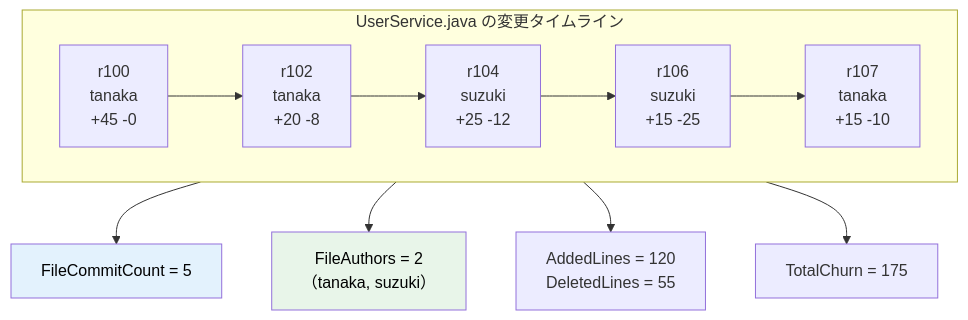
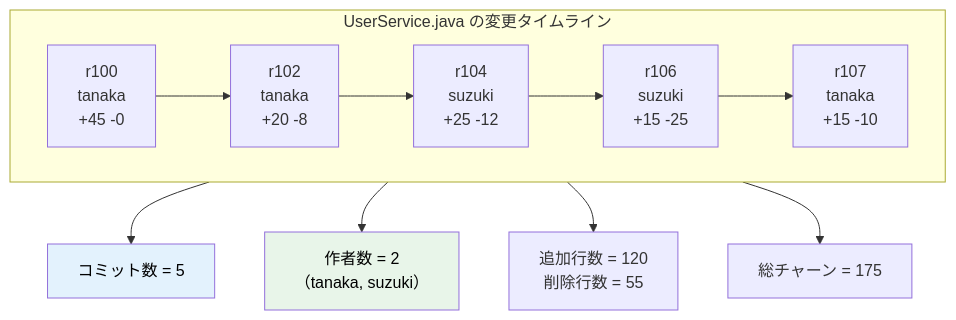
Before and after one commit to horiyamayoh/NarutoCode: the tenth of 15 diagrams in docs/metrics_guide.md, drawn with Mermaid. The commit also changed other lines of this file and 4 other files, not shown here.

````diff
--- a/docs/metrics_guide.md
+++ b/docs/metrics_guide.md
@@ -398,20 +398,20 @@
 ```mermaid
 flowchart TB
     subgraph TIMELINE["UserService.java の変更タイムライン"]
         direction LR
         R100["r100\ntanaka\n+45 -0"]
         R102["r102\ntanaka\n+20 -8"]
         R104["r104\nsuzuki\n+25 -12"]
         R106["r106\nsuzuki\n+15 -25"]
         R107["r107\ntanaka\n+15 -10"]
         R100 --> R102 --> R104 --> R106 --> R107
     end
 
-    TIMELINE --> CC["FileCommitCount = 5"]
-    TIMELINE --> FA["FileAuthors = 2\n（tanaka, suzuki）"]
-    TIMELINE --> ADD["AddedLines = 120\nDeletedLines = 55"]
-    TIMELINE --> CHURN["TotalChurn = 175"]
+    TIMELINE --> CC["コミット数 = 5"]
+    TIMELINE --> FA["作者数 = 2\n（tanaka, suzuki）"]
+    TIMELINE --> ADD["追加行数 = 120\n削除行数 = 55"]
+    TIMELINE --> CHURN["総チャーン = 175"]
 
     style CC fill:#e3f2fd,color:#000
     style FA fill:#e8f5e9,color:#000
 ```
````
